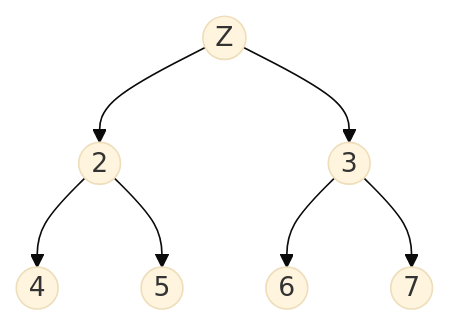
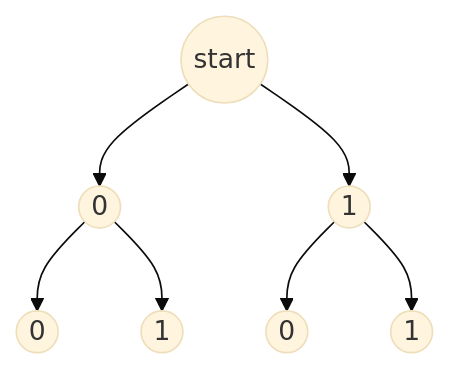
One commit to otthtml/pei changed the diagram in subjects/computation-structures.md. Above: the diagram before and after it, drawn with Mermaid (base theme).

Commit message:
computation structures 3

````diff
--- a/subjects/computation-structures.md
+++ b/subjects/computation-structures.md
@@ -27,9 +27,9 @@
 ```mermaid
 graph TB;
-    A((Z))-->B((2))
-    A-->C((3));
-    B-->E((4))
-    B-->F((5))
-    C-->H((6))
-    C-->I((7))
+    A((start))-->B((0))
+    A-->C((1));
+    B-->E((0))
+    B-->F((1))
+    C-->H((0))
+    C-->I((1))
 ```
````
